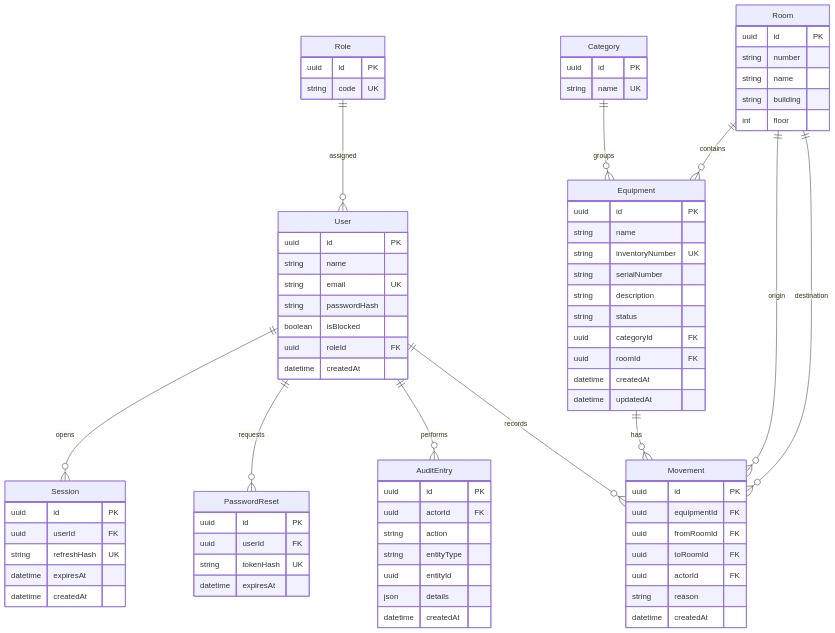
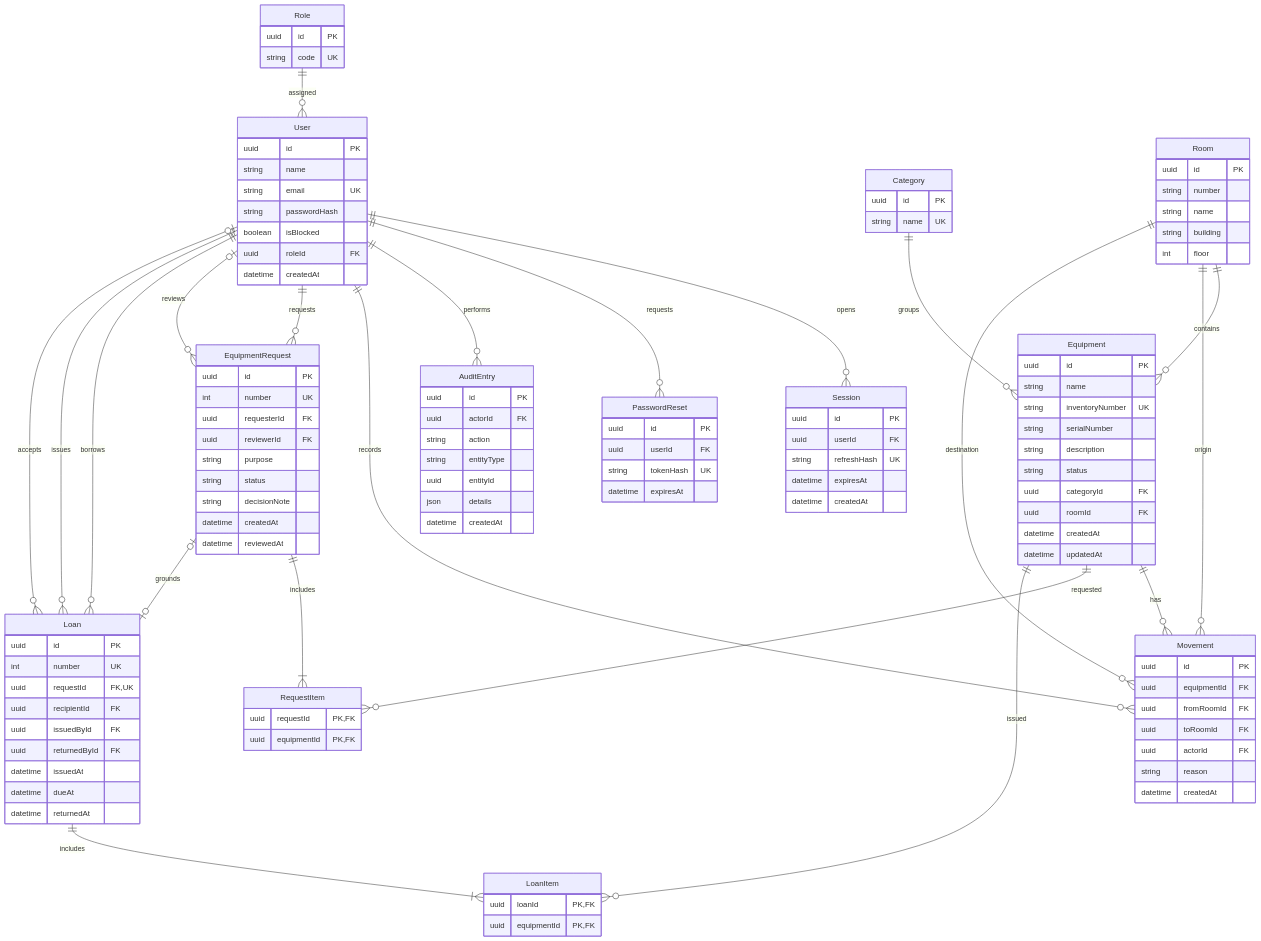
Before and after one commit to Samirrrrr123/college-inventory: the third of 3 diagrams in docs/architecture.md, drawn with Mermaid. The commit also changed other lines of this file and 32 other files, not shown here.

Commit message:
feat: add requests, atomic equipment loans and returns

````diff
--- a/docs/architecture.md
+++ b/docs/architecture.md
@@ -90,6 +92,16 @@
     Room ||--o{ Movement : origin
     Room ||--o{ Movement : destination
     User ||--o{ Movement : records
+    User ||--o{ EquipmentRequest : requests
+    User o|--o{ EquipmentRequest : reviews
+    EquipmentRequest ||--|{ RequestItem : includes
+    Equipment ||--o{ RequestItem : requested
+    EquipmentRequest o|--o| Loan : grounds
+    User ||--o{ Loan : borrows
+    User ||--o{ Loan : issues
+    User o|--o{ Loan : accepts
+    Loan ||--|{ LoanItem : includes
+    Equipment ||--o{ LoanItem : issued
 
     Role {
         uuid id PK
@@ -158,4 +170,34 @@
         string reason
         datetime createdAt
     }
+    EquipmentRequest {
+        uuid id PK
+        int number UK
+        uuid requesterId FK
+        uuid reviewerId FK
+        string purpose
+        string status
+        string decisionNote
+        datetime createdAt
+        datetime reviewedAt
+    }
+    RequestItem {
+        uuid requestId PK,FK
+        uuid equipmentId PK,FK
+    }
+    Loan {
+        uuid id PK
+        int number UK
+        uuid requestId FK,UK
+        uuid recipientId FK
+        uuid issuedById FK
+        uuid returnedById FK
+        datetime issuedAt
+        datetime dueAt
+        datetime returnedAt
+    }
+    LoanItem {
+        uuid loanId PK,FK
+        uuid equipmentId PK,FK
+    }
 ```
````
